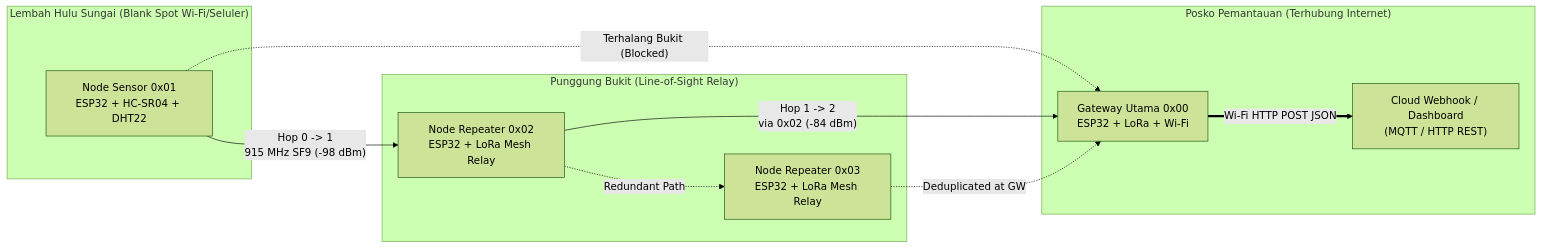
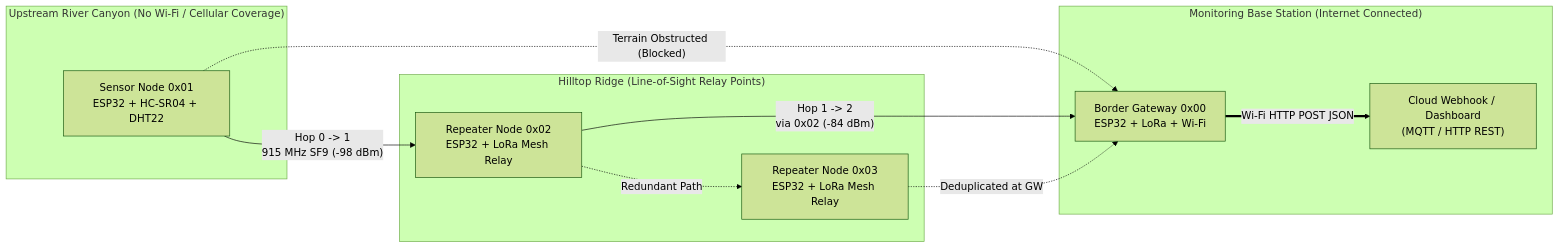
One commit to kenzojulian111/microcontroller-iot-journey changed the diagram in 08-lora-mesh-telemetry/schematics/wiring-guide.md. Above: the diagram before and after it, drawn with Mermaid (forest theme). The commit also changed other lines of this file and 150 other files, not shown here.

````diff
--- a/08-lora-mesh-telemetry/schematics/wiring-guide.md
+++ b/08-lora-mesh-telemetry/schematics/wiring-guide.md
@@ -33,23 +34,23 @@
 ```mermaid
 flowchart LR
-    subgraph Hulu["Lembah Hulu Sungai (Blank Spot Wi-Fi/Seluler)"]
-        N1["Node Sensor 0x01\nESP32 + HC-SR04 + DHT22"]
+    subgraph Valley["Upstream River Canyon (No Wi-Fi / Cellular Coverage)"]
+        N1["Sensor Node 0x01\nESP32 + HC-SR04 + DHT22"]
     end
 
-    subgraph Bukit["Punggung Bukit (Line-of-Sight Relay)"]
-        R2["Node Repeater 0x02\nESP32 + LoRa Mesh Relay"]
-        R3["Node Repeater 0x03\nESP32 + LoRa Mesh Relay"]
+    subgraph Ridge["Hilltop Ridge (Line-of-Sight Relay Points)"]
+        R2["Repeater Node 0x02\nESP32 + LoRa Mesh Relay"]
+        R3["Repeater Node 0x03\nESP32 + LoRa Mesh Relay"]
     end
 
-    subgraph Posko["Posko Pemantauan (Terhubung Internet)"]
-        GW["Gateway Utama 0x00\nESP32 + LoRa + Wi-Fi"]
+    subgraph BaseStation["Monitoring Base Station (Internet Connected)"]
+        GW["Border Gateway 0x00\nESP32 + LoRa + Wi-Fi"]
         CLOUD["Cloud Webhook / Dashboard\n(MQTT / HTTP REST)"]
     end
 
     N1 -->|"Hop 0 -> 1\n915 MHz SF9 (-98 dBm)"| R2
-    N1 -.->|"Terhalang Bukit (Blocked)"| GW
+    N1 -.->|"Terrain Obstructed (Blocked)"| GW
     R2 -->|"Hop 1 -> 2\nvia 0x02 (-84 dBm)"| GW
     R2 -.->|"Redundant Path"| R3
     R3 -.->|"Deduplicated at GW"| GW
     GW ==>|"Wi-Fi HTTP POST JSON"| CLOUD
 ```
````
